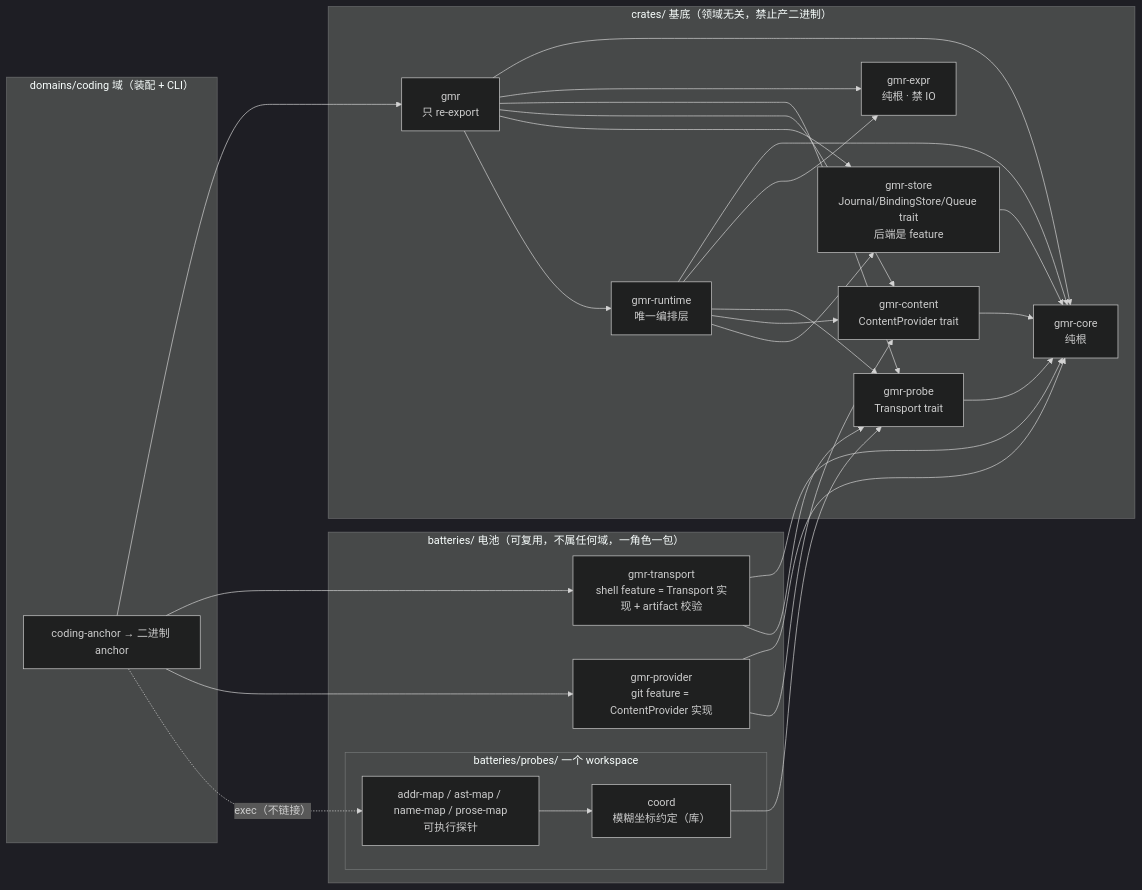
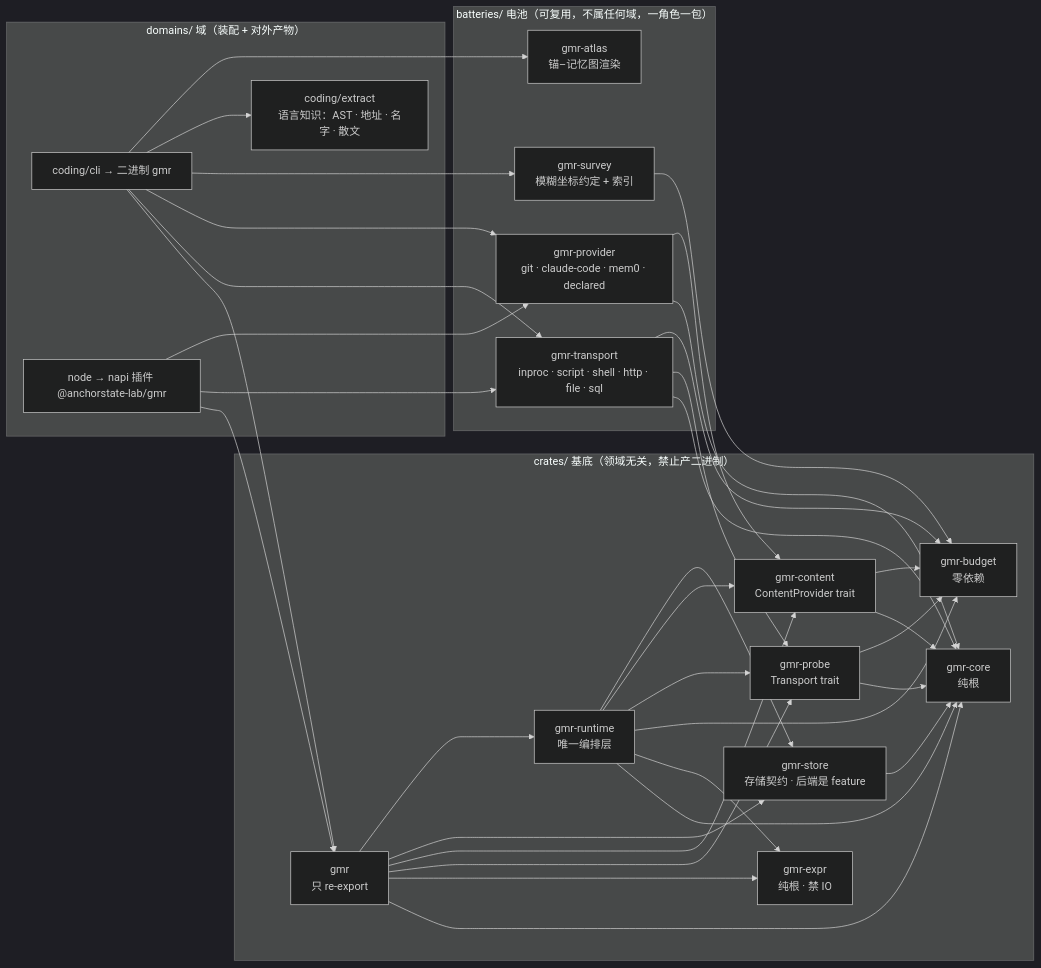
The second of 4 diagrams in docs/architect.md (Anchorstate-Lab/GMR), drawn with Mermaid (dark theme) before and after one commit. The commit also changed other lines of this file and 3 other files, not shown here.

````diff
--- a/docs/architect.md
+++ b/docs/architect.md
@@ -47,37 +63,35 @@
 ```mermaid
 flowchart LR
     subgraph crates["crates/ 基底（领域无关，禁止产二进制）"]
       core["gmr-core<br/>纯根"]
       expr["gmr-expr<br/>纯根 · 禁 IO"]
+      budget["gmr-budget<br/>零依赖"]
       probe["gmr-probe<br/>Transport trait"]
       content["gmr-content<br/>ContentProvider trait"]
-      store["gmr-store<br/>Journal/BindingStore/Queue trait<br/>后端是 feature"]
+      store["gmr-store<br/>存储契约 · 后端是 feature"]
       rt["gmr-runtime<br/>唯一编排层"]
       facade["gmr<br/>只 re-export"]
     end
     subgraph batteries["batteries/ 电池（可复用，不属任何域，一角色一包）"]
-      transport["gmr-transport<br/>shell feature = Transport 实现 + artifact 校验"]
-      provider["gmr-provider<br/>git feature = ContentProvider 实现"]
-      subgraph probes["batteries/probes/ 一个 workspace"]
-        coord["coord<br/>模糊坐标约定（库）"]
-        maps["addr-map / ast-map / name-map / prose-map<br/>可执行探针"]
-      end
+      transport["gmr-transport<br/>inproc · script · shell · http · file · sql"]
+      provider["gmr-provider<br/>git · claude-code · mem0 · declared"]
+      survey["gmr-survey<br/>模糊坐标约定 + 索引"]
+      atlas["gmr-atlas<br/>锚–记忆图渲染"]
     end
-    subgraph domains["domains/coding 域（装配 + CLI）"]
-      cli["coding-anchor → 二进制 anchor"]
+    subgraph domains["domains/ 域（装配 + 对外产物）"]
+      cli["coding/cli → 二进制 gmr"]
+      extract["coding/extract<br/>语言知识：AST · 地址 · 名字 · 散文"]
+      node["node → napi 插件 @anchorstate-lab/gmr"]
     end
 
-    probe --> core
-    content --> core
+    probe --> core & budget
+    content --> core & budget
     store --> core
-    rt --> core & expr & probe & content & store
+    rt --> core & expr & budget & probe & content & store
     facade --> core & expr & probe & content & store & rt
-    transport --> core & probe
+    transport --> core & probe & budget
     provider --> core & content
-    maps --> coord
-    coord --> probe
-    cli --> facade
-    cli --> transport
-    cli --> provider
-    cli -. "exec（不链接）" .-> maps
+    survey --> budget
+    cli --> facade & transport & provider & survey & extract & atlas
+    node --> facade & transport & provider
 ```
````
